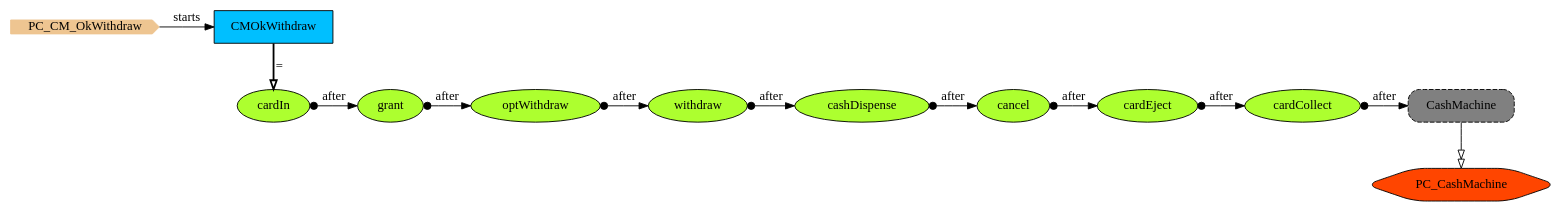
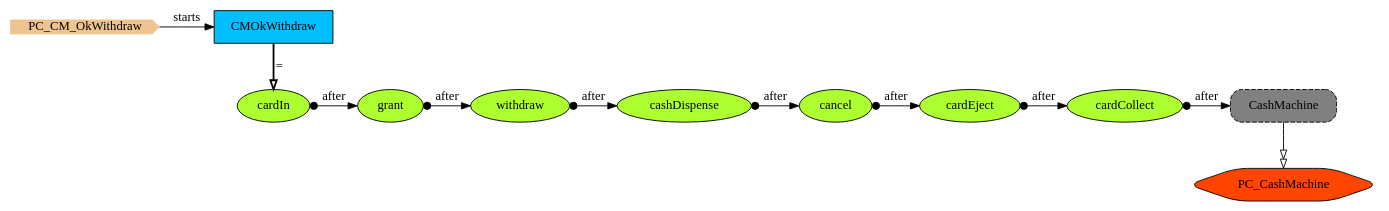
Before and after one commit to namalio/Fragmenta: the diagram in Haskell/PCs/Examples/img/PC_CM_OkWithdraw.gv, drawn with Graphviz. The commit also changed 87 other files, not shown here.

```diff
--- a/Haskell/PCs/Examples/img/PC_CM_OkWithdraw.gv
+++ b/Haskell/PCs/Examples/img/PC_CM_OkWithdraw.gv
@@ -1,35 +1,33 @@
 digraph {
 
 StartN_ [shape = cds,color=burlywood2,style=filled,height=.2,width=.2, label =PC_CM_OkWithdraw];
 
 CMOkWithdraw [shape=box,fillcolor=deepskyblue,style = filled,label="CMOkWithdraw"];
 grant [shape=ellipse,fillcolor=greenyellow,style=filled,label="grant"];
+cashDispense [shape=ellipse,fillcolor=greenyellow,style=filled,label="cashDispense"];
+cardEject [shape=ellipse,fillcolor=greenyellow,style=filled,label="cardEject"];
+RefCashMachine [shape=rectangle,fillcolor=gray,style="rounded,filled,dashed",label="CashMachine "];
+CMI [shape=hexagon,fillcolor=orangered,style="filled,rounded",label =PC_CashMachine];
+cardCollect [shape=ellipse,fillcolor=greenyellow,style=filled,label="cardCollect"];
+cancel [shape=ellipse,fillcolor=greenyellow,style=filled,label="cancel"];
 withdraw [shape=ellipse,fillcolor=greenyellow,style=filled,label="withdraw"];
-cancel [shape=ellipse,fillcolor=greenyellow,style=filled,label="cancel"];
-cardCollect [shape=ellipse,fillcolor=greenyellow,style=filled,label="cardCollect"];
-CMI [shape=hexagon,fillcolor=orangered,style="filled,rounded",label =PC_CashMachine];
-RefCashMachine [shape=rectangle,fillcolor=gray,style="rounded,filled,dashed",label="CashMachine "];
-cardEject [shape=ellipse,fillcolor=greenyellow,style=filled,label="cardEject"];
-cashDispense [shape=ellipse,fillcolor=greenyellow,style=filled,label="cashDispense"];
-optWithdraw [shape=ellipse,fillcolor=greenyellow,style=filled,label="optWithdraw"];
 cardIn [shape=ellipse,fillcolor=greenyellow,style=filled,label="cardIn"];
 
 {rank=same;RefCashMachine,cardCollect}
 {rank=same;RefCashMachine,cardCollect,cardEject}
 {rank=same;cardCollect,RefCashMachine,cardEject,cancel,cashDispense}
-{rank=same;RefCashMachine,cardCollect,cardEject,cancel,cashDispense,withdraw,optWithdraw}
-{rank=same;cancel,RefCashMachine,cardCollect,cardEject,withdraw,cashDispense,optWithdraw,grant,cardIn}
+{rank=same;RefCashMachine,cardCollect,cardEject,cancel,cashDispense,withdraw,grant}
+{rank=same;cardEject,RefCashMachine,cardCollect,cashDispense,cancel,withdraw,grant,cardIn}
 {rank=same;CMOkWithdraw,StartN_}
 
 cardCollect->RefCashMachine[arrowtail=dot,dir=both,label="after"];
 cardEject->cardCollect[arrowtail=dot,dir=both,label="after"];
 cashDispense->cancel[arrowtail=dot,dir=both,label="after"];
-optWithdraw->withdraw[arrowtail=dot,dir=both,label="after"];
+grant->withdraw[arrowtail=dot,dir=both,label="after"];
 cardIn->grant[arrowtail=dot,dir=both,label="after"];
-grant->optWithdraw[arrowtail=dot,dir=both,label="after"];
 withdraw->cashDispense[arrowtail=dot,dir=both,label="after"];
 cancel->cardEject[arrowtail=dot,dir=both,label="after"];
 RefCashMachine->CMI[arrowhead="normalnormal",fillcolor=white,label=" "];
 CMOkWithdraw->cardIn[arrowhead="onormal",penwidth=2,label="="];
 StartN_->CMOkWithdraw[label="starts"];
 }
```
